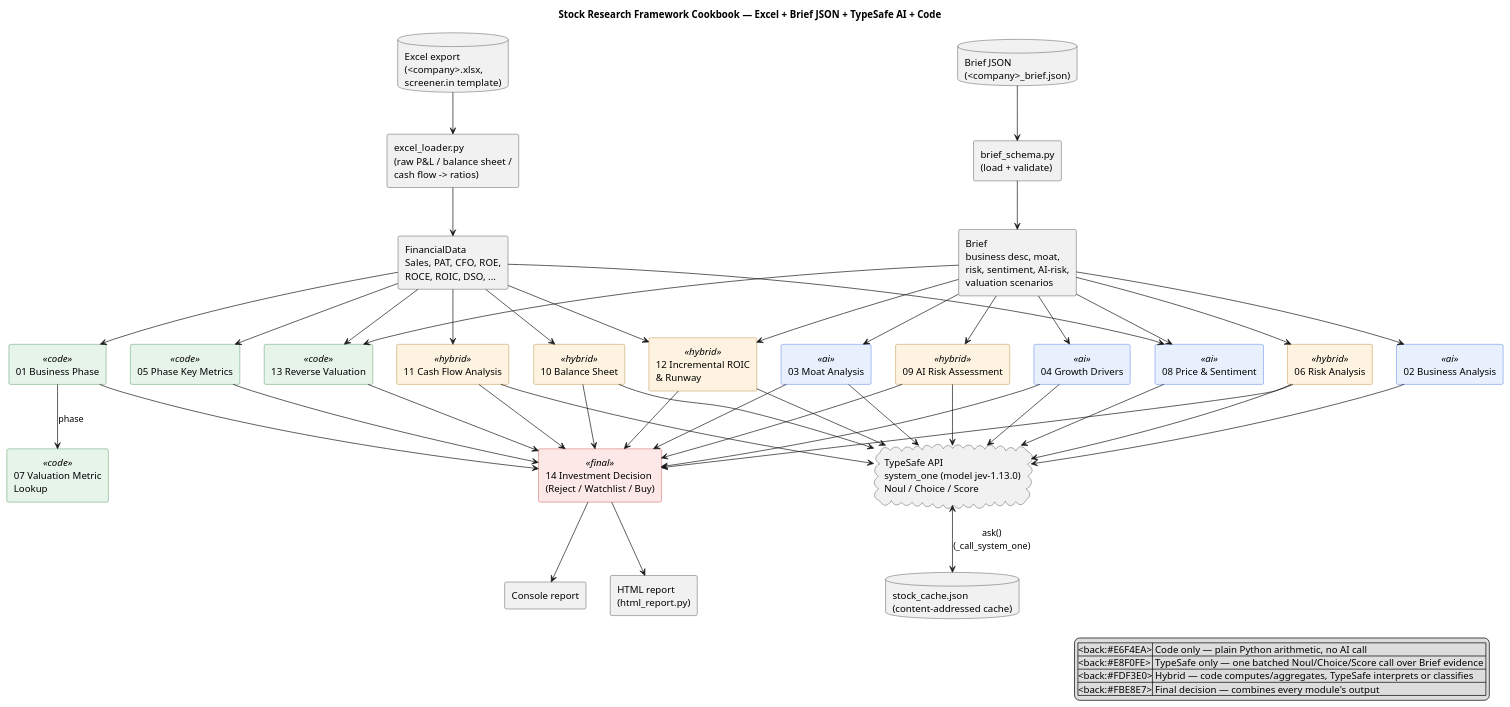
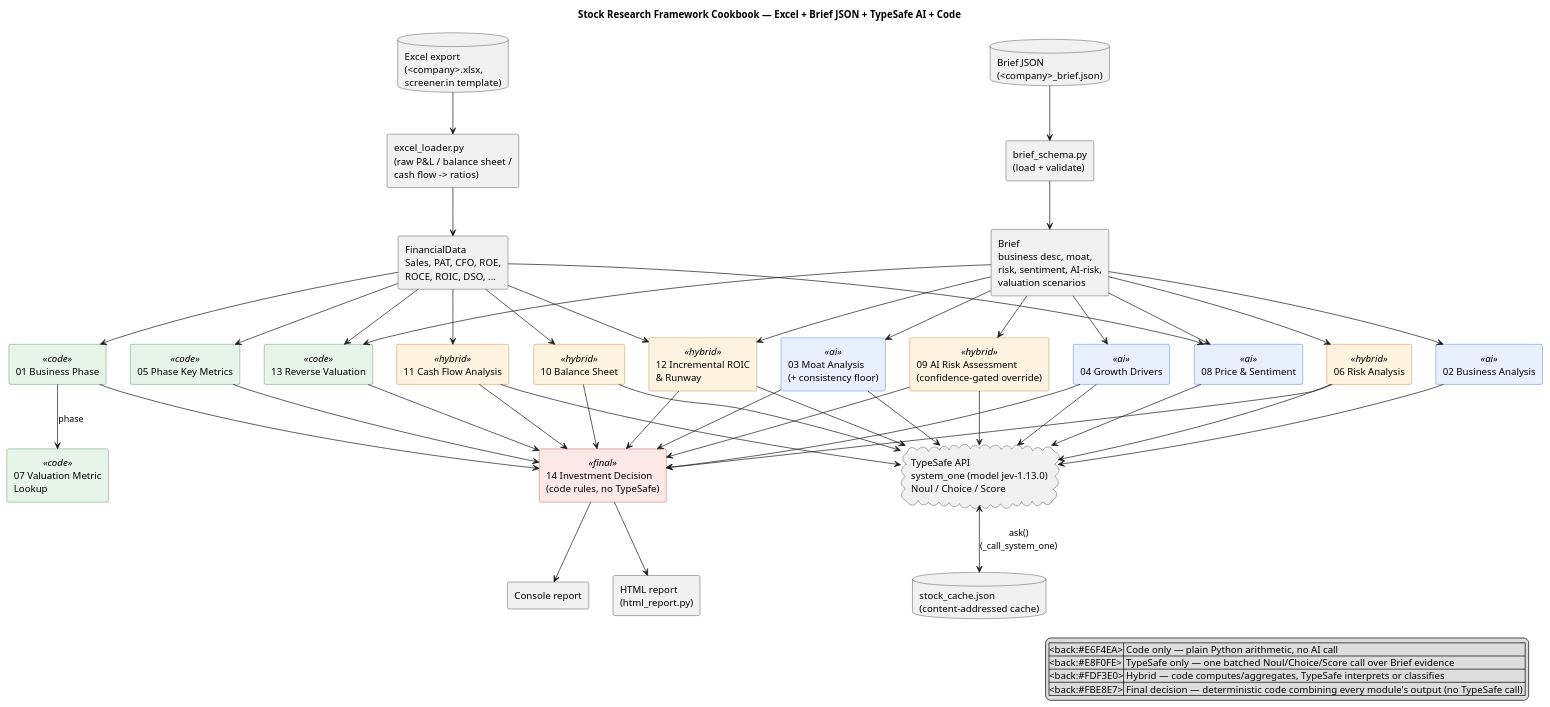
The diagram in architecture.puml (shyam-menon/StockResearcher), drawn with PlantUML before and after one commit. The commit also changed 6 other files, not shown here.

```diff
--- a/architecture.puml
+++ b/architecture.puml
@@ -1,104 +1,104 @@
 @startuml StockResearchCookbookArchitecture
 title Stock Research Framework Cookbook — Excel + Brief JSON + TypeSafe AI + Code
 
 skinparam rectangle {
   BackgroundColor<<code>> #E6F4EA
   BorderColor<<code>> #1e7a34
   BackgroundColor<<ai>> #E8F0FE
   BorderColor<<ai>> #1a56db
   BackgroundColor<<hybrid>> #FDF3E0
   BorderColor<<hybrid>> #a5670e
   BackgroundColor<<final>> #FBE8E7
   BorderColor<<final>> #b3261e
 }
 
 database "Excel export\n(<company>.xlsx,\nscreener.in template)" as ExcelFile
 database "Brief JSON\n(<company>_brief.json)" as BriefFile
 
 rectangle "excel_loader.py\n(raw P&L / balance sheet /\ncash flow -> ratios)" as ExcelLoader
 rectangle "brief_schema.py\n(load + validate)" as BriefLoader
 
 rectangle "FinancialData\nSales, PAT, CFO, ROE,\nROCE, ROIC, DSO, ..." as FD
 rectangle "Brief\nbusiness desc, moat,\nrisk, sentiment, AI-risk,\nvaluation scenarios" as Brief
 
 ExcelFile --> ExcelLoader
 BriefFile --> BriefLoader
 ExcelLoader --> FD
 BriefLoader --> Brief
 
 cloud "TypeSafe API\nsystem_one (model jev-1.13.0)\nNoul / Choice / Score" as TS
 database "stock_cache.json\n(content-addressed cache)" as Cache
 TS <--> Cache : ask()\n(_call_system_one)
 
 rectangle "01 Business Phase" as M01 <<code>>
 rectangle "05 Phase Key Metrics" as M05 <<code>>
 rectangle "07 Valuation Metric\nLookup" as M07 <<code>>
 rectangle "13 Reverse Valuation" as M13 <<code>>
 
 rectangle "02 Business Analysis" as M02 <<ai>>
-rectangle "03 Moat Analysis" as M03 <<ai>>
+rectangle "03 Moat Analysis\n(+ consistency floor)" as M03 <<ai>>
 rectangle "04 Growth Drivers" as M04 <<ai>>
 rectangle "08 Price & Sentiment" as M08 <<ai>>
 
 rectangle "06 Risk Analysis" as M06 <<hybrid>>
-rectangle "09 AI Risk Assessment" as M09 <<hybrid>>
+rectangle "09 AI Risk Assessment\n(confidence-gated override)" as M09 <<hybrid>>
 rectangle "10 Balance Sheet" as M10 <<hybrid>>
 rectangle "11 Cash Flow Analysis" as M11 <<hybrid>>
 rectangle "12 Incremental ROIC\n& Runway" as M12 <<hybrid>>
 
-rectangle "14 Investment Decision\n(Reject / Watchlist / Buy)" as M14 <<final>>
+rectangle "14 Investment Decision\n(code rules, no TypeSafe)" as M14 <<final>>
 
 FD --> M01
 FD --> M05
 FD --> M08
 FD --> M10
 FD --> M11
 FD --> M12
 FD --> M13
 
 Brief --> M02
 Brief --> M03
 Brief --> M04
 Brief --> M06
 Brief --> M08
 Brief --> M09
 Brief --> M12
 Brief --> M13
 
 M01 --> M07 : phase
 
 M02 --> TS
 M03 --> TS
 M04 --> TS
 M08 --> TS
 M06 --> TS
 M09 --> TS
 M10 --> TS
 M11 --> TS
 M12 --> TS
 
 M01 --> M14
 M03 --> M14
 M04 --> M14
 M05 --> M14
 M06 --> M14
 M09 --> M14
 M10 --> M14
 M11 --> M14
 M12 --> M14
 M13 --> M14
 
 rectangle "Console report" as Console
 rectangle "HTML report\n(html_report.py)" as HTML
 
 M14 --> Console
 M14 --> HTML
 
 legend right
   |<back:#E6F4EA>| Code only — plain Python arithmetic, no AI call |
   |<back:#E8F0FE>| TypeSafe only — one batched Noul/Choice/Score call over Brief evidence |
   |<back:#FDF3E0>| Hybrid — code computes/aggregates, TypeSafe interprets or classifies |
-  |<back:#FBE8E7>| Final decision — combines every module's output |
+  |<back:#FBE8E7>| Final decision — deterministic code combining every module's output (no TypeSafe call) |
 endlegend
 
 @enduml
```
